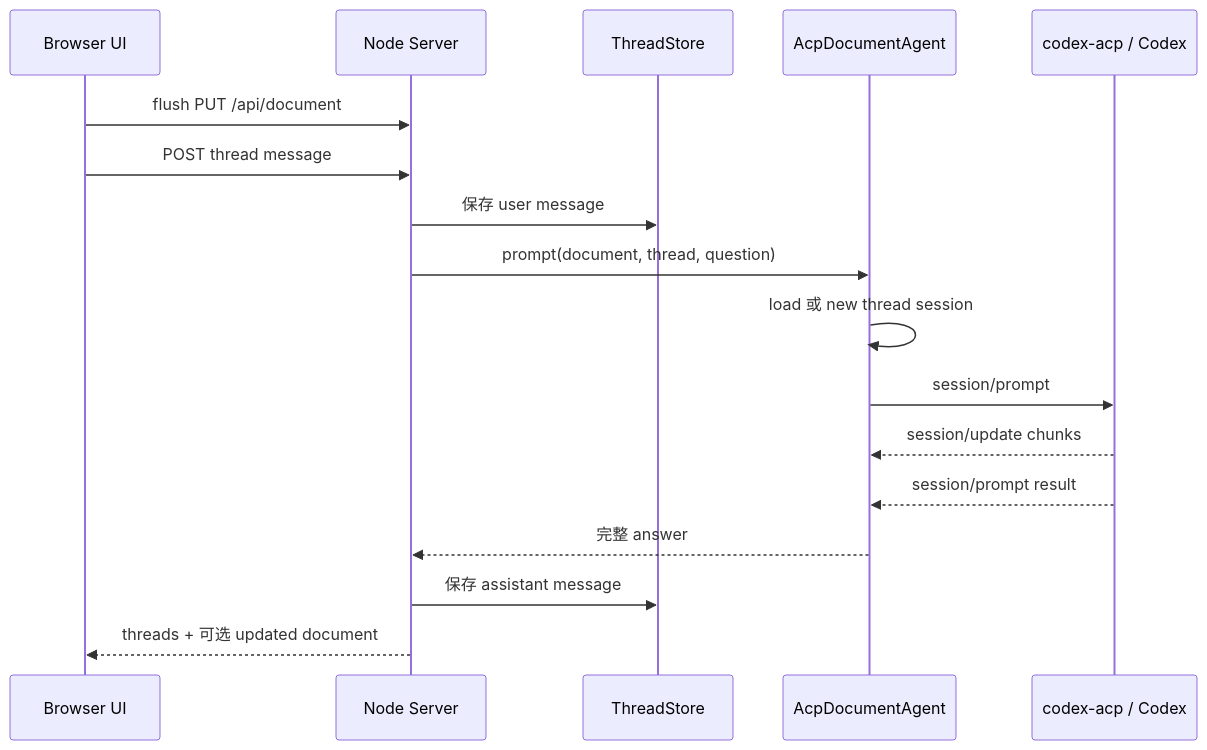
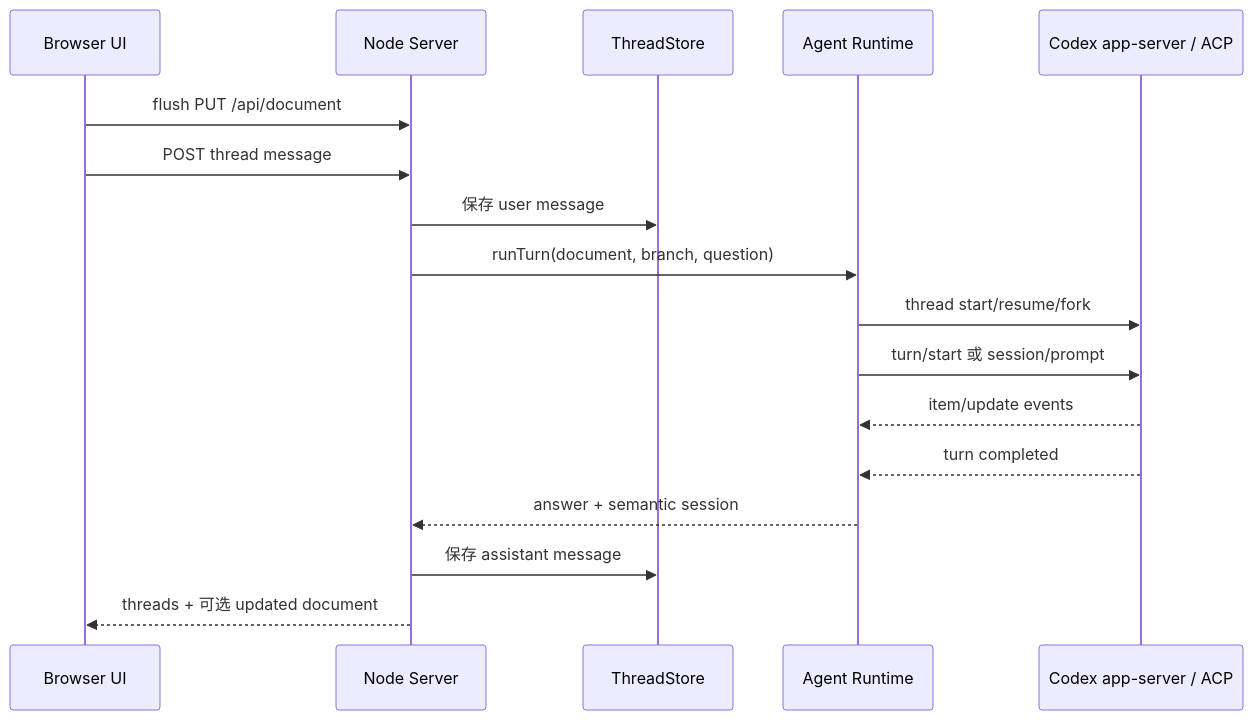
Before and after one commit to GatewayJ/Xuanniao: the second of 2 diagrams in prd.md, drawn with Mermaid. The commit also changed other lines of this file and 48 other files, not shown here.

Commit message:
refactor: strengthen agent and document boundaries

````diff
--- a/prd.md
+++ b/prd.md
@@ -212,20 +224,20 @@
 ```mermaid
 sequenceDiagram
   participant UI as Browser UI
   participant API as Node Server
   participant Store as ThreadStore
-  participant ACP as AcpDocumentAgent
-  participant Codex as codex-acp / Codex
+  participant Runtime as Agent Runtime
+  participant Codex as Codex app-server / ACP
 
   UI->>API: flush PUT /api/document
   UI->>API: POST thread message
   API->>Store: 保存 user message
-  API->>ACP: prompt(document, thread, question)
-  ACP->>ACP: load 或 new thread session
-  ACP->>Codex: session/prompt
-  Codex-->>ACP: session/update chunks
-  Codex-->>ACP: session/prompt result
-  ACP-->>API: 完整 answer
+  API->>Runtime: runTurn(document, branch, question)
+  Runtime->>Codex: thread start/resume/fork
+  Runtime->>Codex: turn/start 或 session/prompt
+  Codex-->>Runtime: item/update events
+  Codex-->>Runtime: turn completed
+  Runtime-->>API: answer + semantic session
   API->>Store: 保存 assistant message
   API-->>UI: threads + 可选 updated document
 ```
````
